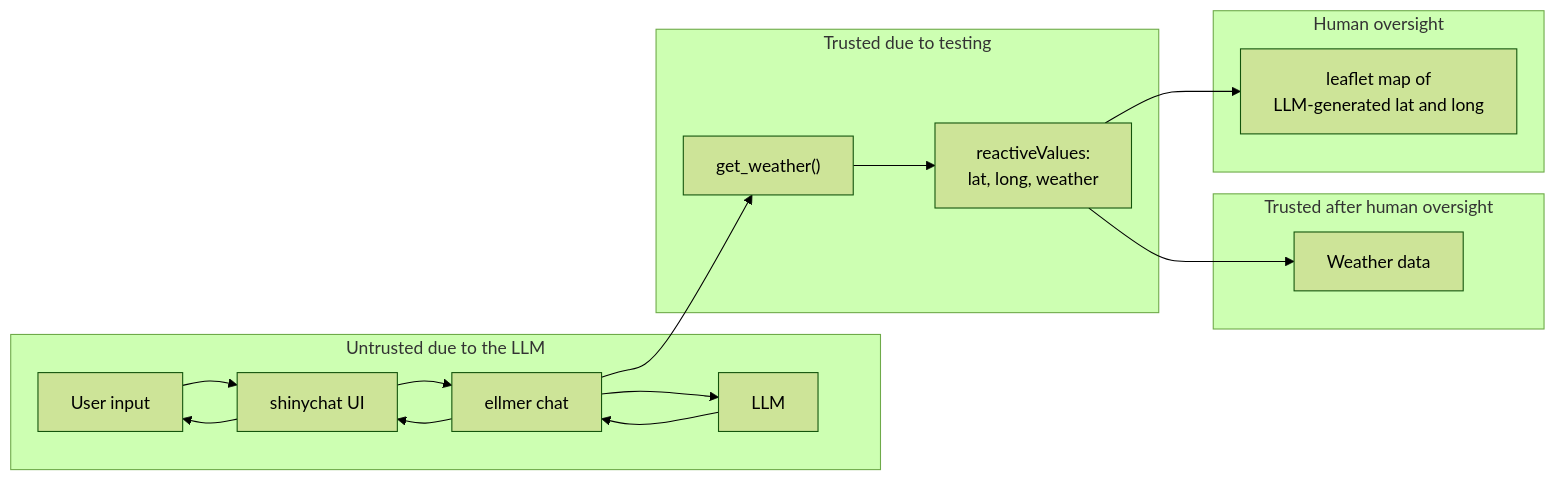
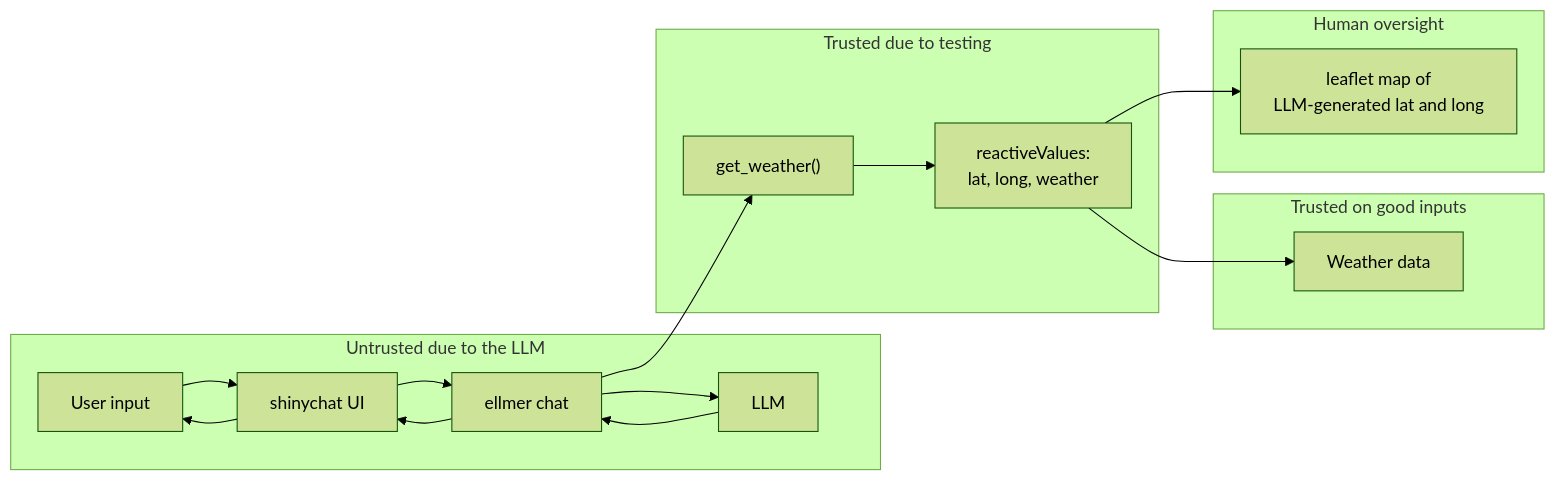
The diagram in weather.qmd (parmsam/trustedminiagents), drawn with Mermaid (forest theme) before and after one commit. The commit also changed 5 other files, not shown here.

````diff
--- a/weather.qmd
+++ b/weather.qmd
@@ -28,21 +28,21 @@
 ```{mermaid}
 flowchart LR
   subgraph Untrusted due to the LLM
     U["User input"] --> C["shinychat UI"]
     C --> U
     C --> L[ellmer chat]
     L --> LLM
     LLM --> L
     L --> C
   end
   subgraph Trusted due to testing
     L --> T["get_weather()"]
     T --> RV["reactiveValues:<br>lat, long, weather"]
   end
-  subgraph Trusted after human oversight
+  subgraph Trusted on good inputs
     RV --> W["Weather data"]
   end
   subgraph Human oversight
     RV --> M["leaflet map of<br>LLM-generated lat and long"]
   end
 ```
````
